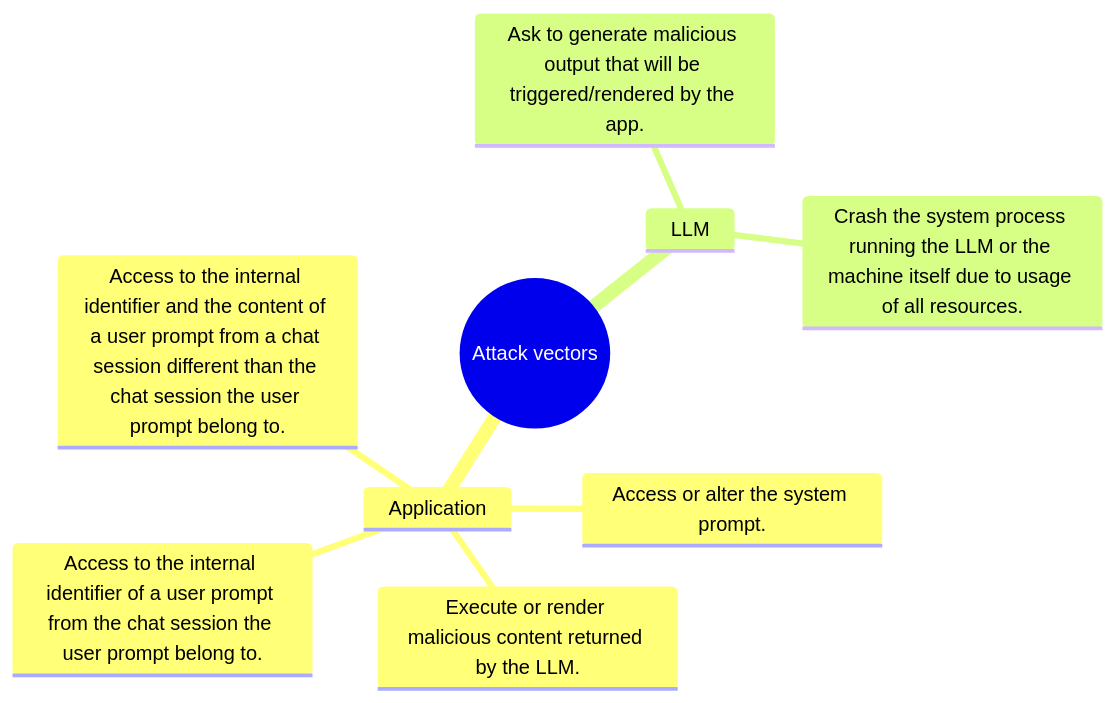
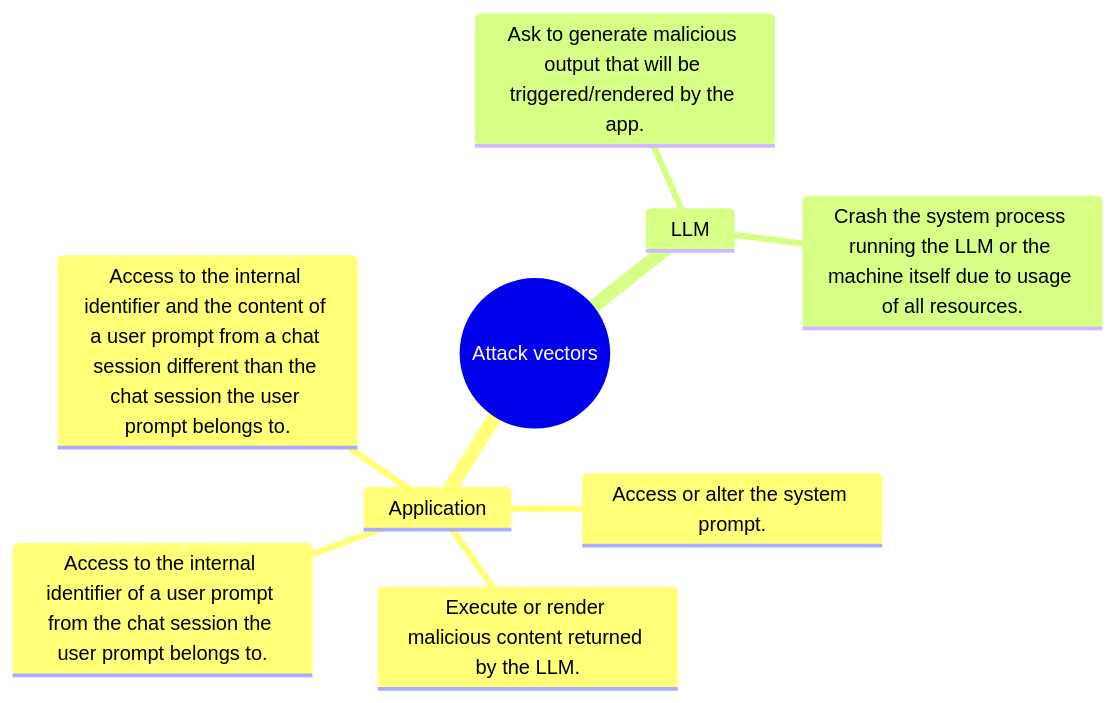
One commit to righettod/poc-llm changed the diagram in README.md. Above: the diagram before and after it, drawn with Mermaid. The commit also changed other lines of this file and 7 other files, not shown here.

````diff
--- a/README.md
+++ b/README.md
@@ -44,12 +44,12 @@
 ```mermaid
 mindmap
   root((Attack vectors))
     Application
         Access or alter the system prompt.
         Execute or render malicious content returned by the LLM.
-        Access to the internal identifier of a user prompt from the chat session the user prompt belong to.
-        Access to the internal identifier and the content of a user prompt from a chat session different than the chat session the user prompt belong to.
+        Access to the internal identifier of a user prompt from the chat session the user prompt belongs to.
+        Access to the internal identifier and the content of a user prompt from a chat session different than the chat session the user prompt belongs to.
     LLM
         Ask to generate malicious output that will be triggered/rendered by the app.
         Crash the system process running the LLM or the machine itself due to usage of all resources.
 ```
````
